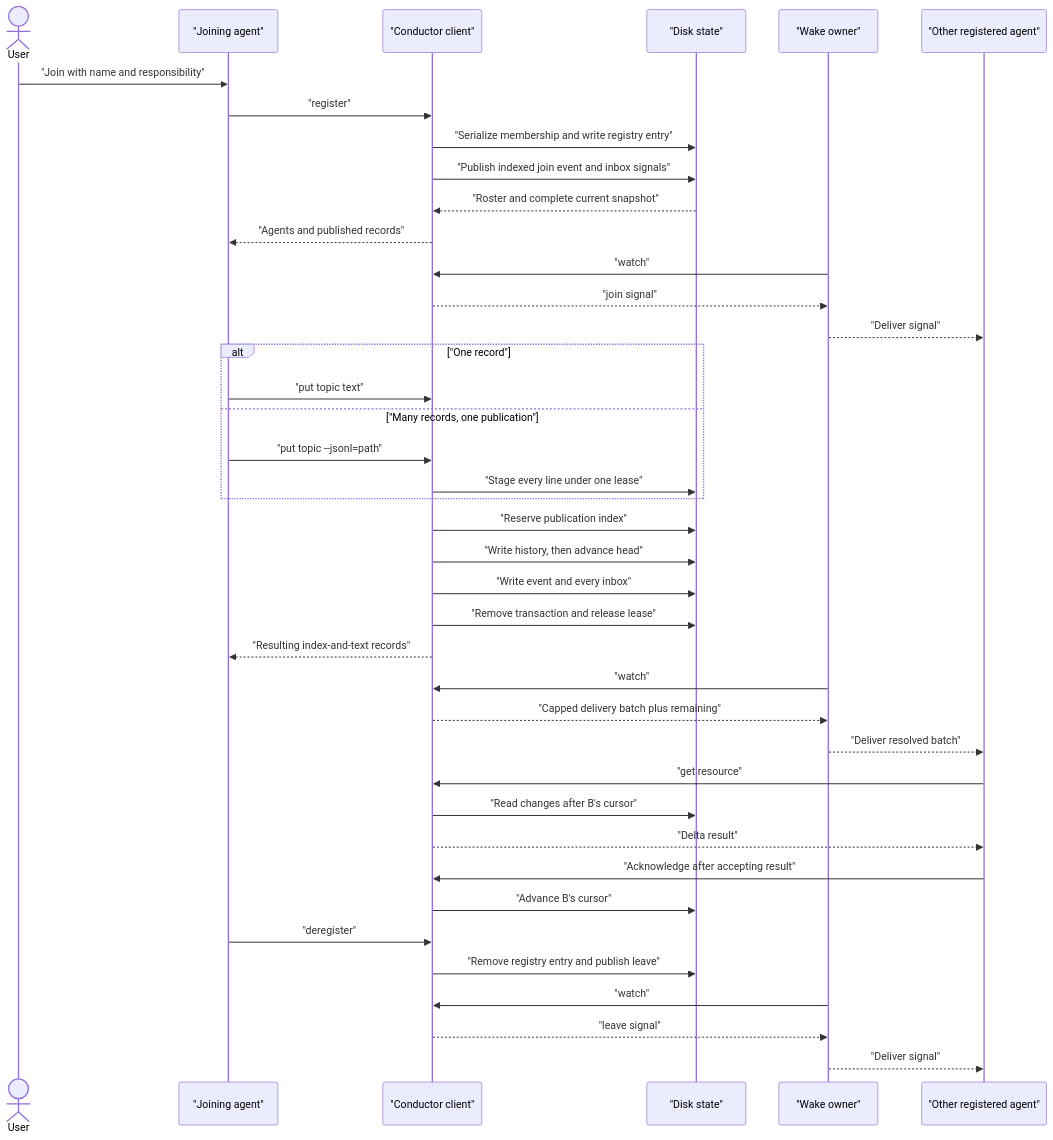
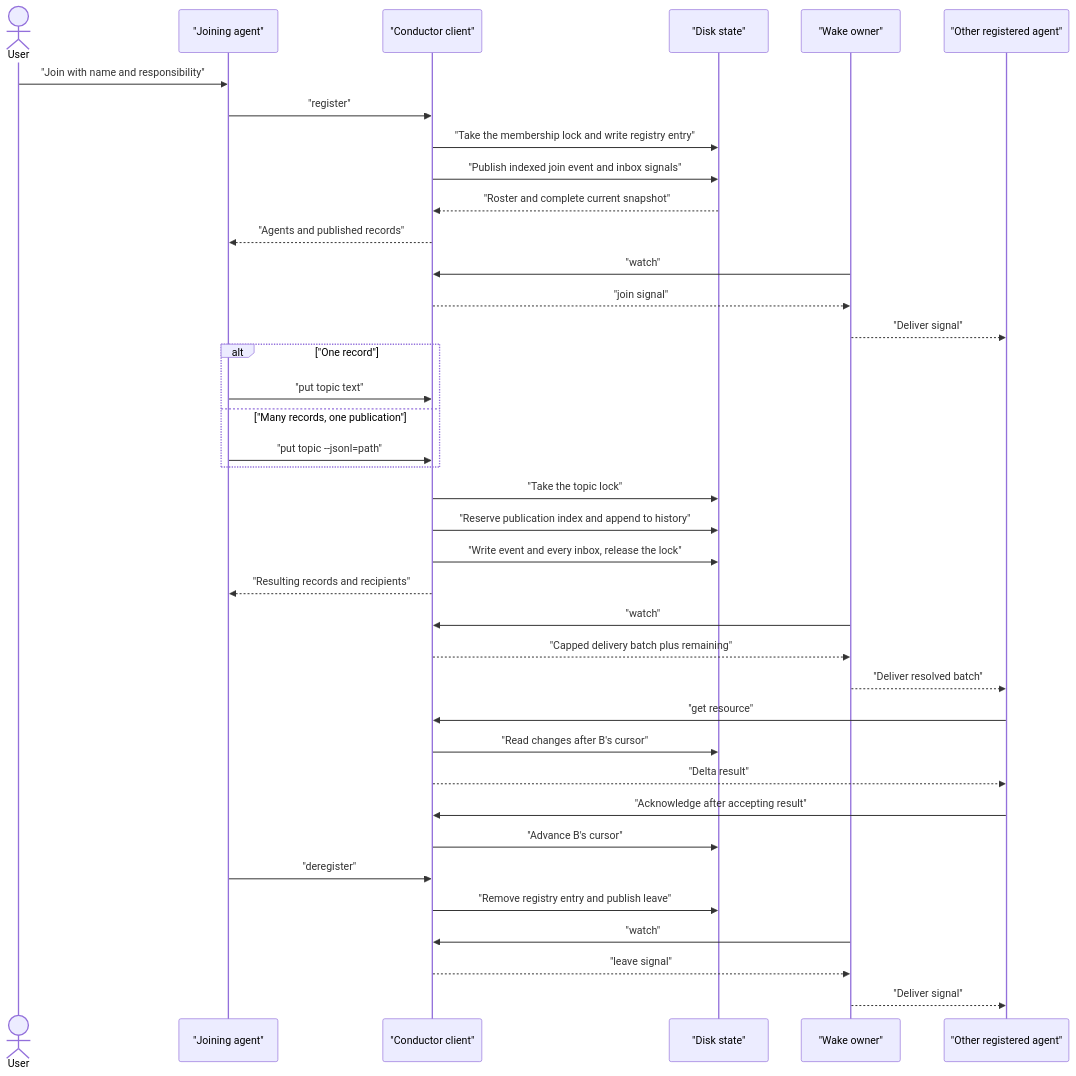
One commit to danlavee/Conductor changed the second of 5 diagrams in docs/activity-diagrams.md. Above: the diagram before and after it, drawn with Mermaid. The commit also changed other lines of this file and 48 other files, not shown here.

First line of the commit message:
refactor!: publish under one topic file lock; drop redact and strike

````diff
--- a/docs/activity-diagrams.md
+++ b/docs/activity-diagrams.md
@@ -16,47 +16,45 @@
 ```mermaid
 sequenceDiagram
     actor User
     participant A as "Joining agent"
     participant C as "Conductor client"
     participant D as "Disk state"
     participant W as "Wake owner"
     participant B as "Other registered agent"
 
     User->>A: "Join with name and responsibility"
     A->>C: "register"
-    C->>D: "Serialize membership and write registry entry"
+    C->>D: "Take the membership lock and write registry entry"
     C->>D: "Publish indexed join event and inbox signals"
     D-->>C: "Roster and complete current snapshot"
     C-->>A: "Agents and published records"
     W->>C: "watch"
     C-->>W: "join signal"
     W-->>B: "Deliver signal"
 
     alt "One record"
         A->>C: "put topic text"
     else "Many records, one publication"
         A->>C: "put topic --jsonl=path"
-        C->>D: "Stage every line under one lease"
     end
 
-    C->>D: "Reserve publication index"
-    C->>D: "Write history, then advance head"
-    C->>D: "Write event and every inbox"
-    C->>D: "Remove transaction and release lease"
-    C-->>A: "Resulting index-and-text records"
+    C->>D: "Take the topic lock"
+    C->>D: "Reserve publication index and append to history"
+    C->>D: "Write event and every inbox, release the lock"
+    C-->>A: "Resulting records and recipients"
 
     W->>C: "watch"
     C-->>W: "Capped delivery batch plus remaining"
     W-->>B: "Deliver resolved batch"
     B->>C: "get resource"
     C->>D: "Read changes after B's cursor"
     C-->>B: "Delta result"
     B->>C: "Acknowledge after accepting result"
     C->>D: "Advance B's cursor"
 
     A->>C: "deregister"
     C->>D: "Remove registry entry and publish leave"
     W->>C: "watch"
     C-->>W: "leave signal"
     W-->>B: "Deliver signal"
 ```
````
